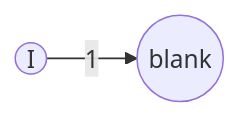
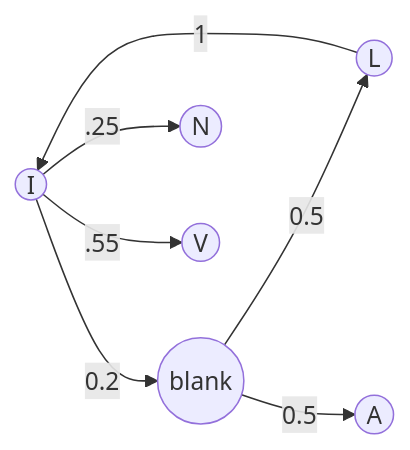
The diagram in 2020-compling/labs/lab1.md (keithmburu/courses), drawn with Mermaid before and after one commit. The commit also changed other lines of this file and 1 other file, not shown here.

````diff
--- a/2020-compling/labs/lab1.md
+++ b/2020-compling/labs/lab1.md
@@ -49,4 +49,9 @@
   ```mermaid
   graph LR
-  I((I))--1-->blank((blank))
+  	I((I))--0.2-->blank((blank))
+  	blank((blank))--0.5-->L((L))
+  	blank((blank))--0.5-->A((A))
+  	L((L))--1-->I((I))
+  	I((I))--.25-->N((N))
+  	I((I))--.55-->V((V))
   ```
````
